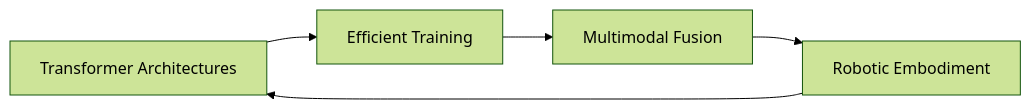
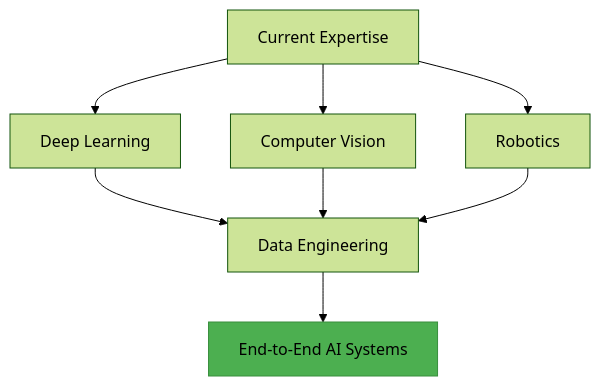
The diagram in README.md (silvaxxx1/silvaxxx1), drawn with Mermaid (forest theme) before and after one commit. The commit also changed other lines of this file, not shown here.

````diff
--- a/README.md
+++ b/README.md
@@ -75,7 +52,11 @@
 ```mermaid
-graph LR
-A[Transformer Architectures] --> B[Efficient Training]
-B --> C[Multimodal Fusion]
-C --> D[Robotic Embodiment]
-D --> A
+graph TD
+    A[Current Expertise] --> B[Deep Learning]
+    A --> C[Computer Vision]
+    A --> D[Robotics]
+    B --> E[Data Engineering]
+    C --> E
+    D --> E
+    E --> F[End-to-End AI Systems]
+    style F fill:#4CAF50,stroke:#388E3C
 ```
````
